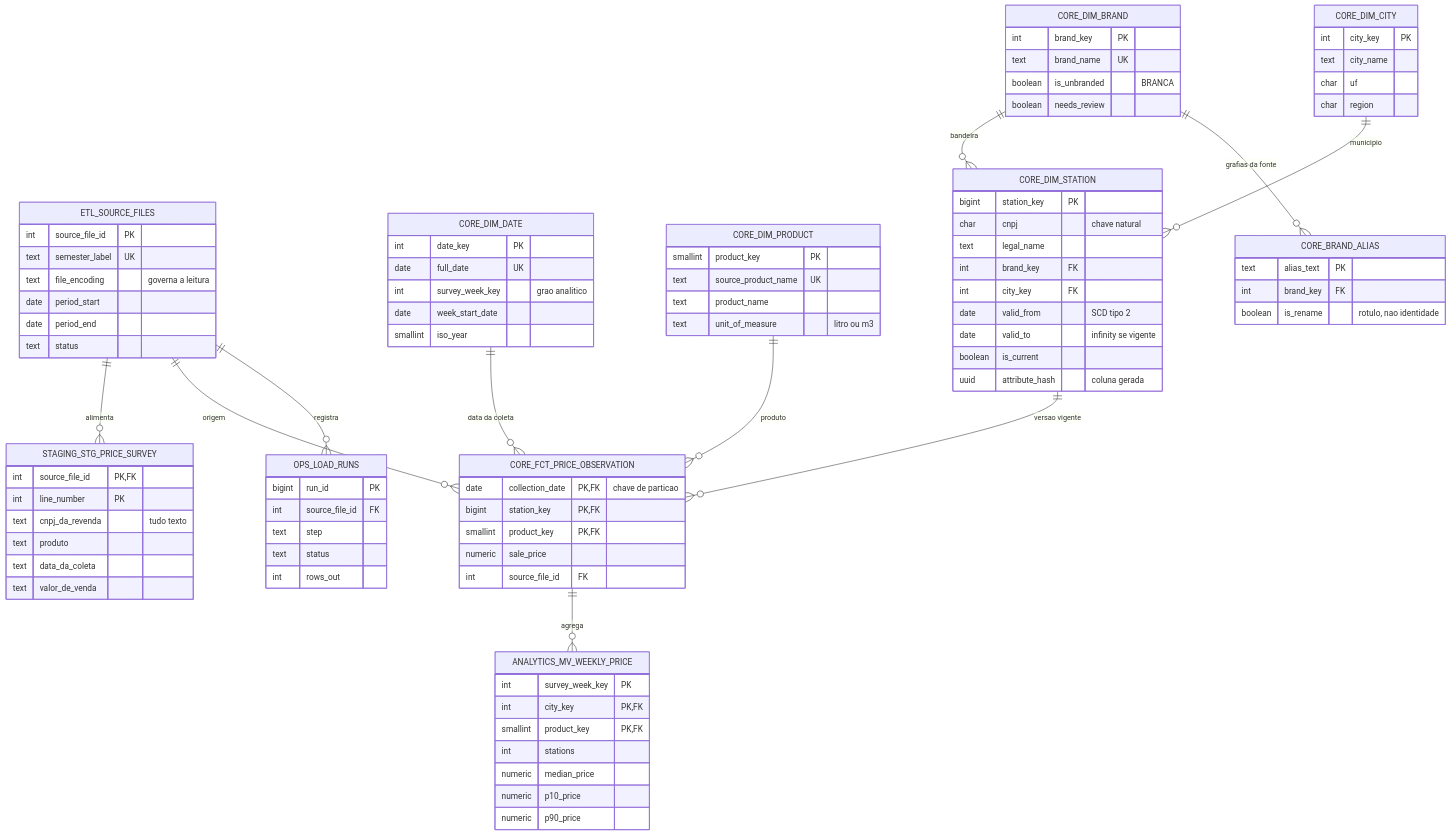
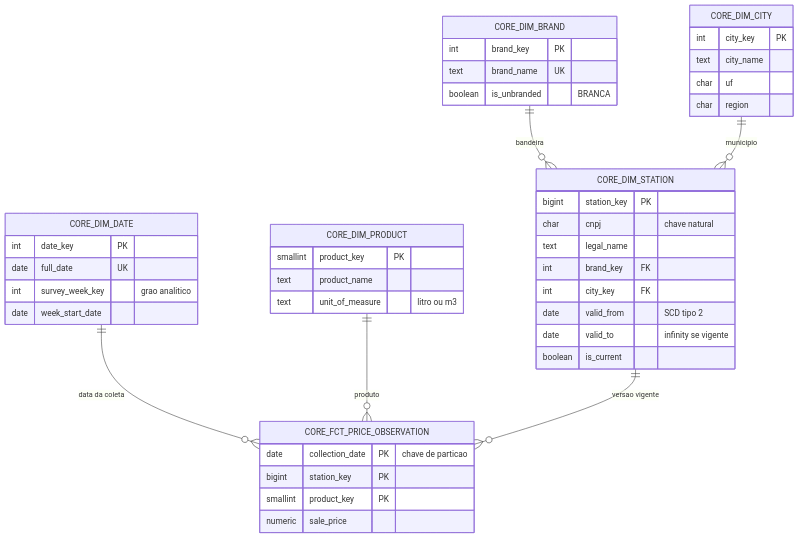
One commit to mrmansini/dw-precos-combustiveis-anp changed the diagram in README.md. Above: the diagram before and after it, drawn with Mermaid. The commit also changed other lines of this file and 1 other file, not shown here.

Commit message:
Diagrama do modelo: núcleo dimensional no README, completo em docs/

````diff
--- a/README.md
+++ b/README.md
@@ -89,30 +93,15 @@
 ```mermaid
 erDiagram
-  ETL_SOURCE_FILES ||--o{ STAGING_STG_PRICE_SURVEY : "alimenta"
-  ETL_SOURCE_FILES ||--o{ CORE_FCT_PRICE_OBSERVATION : "origem"
-  ETL_SOURCE_FILES ||--o{ OPS_LOAD_RUNS : "registra"
   CORE_DIM_DATE ||--o{ CORE_FCT_PRICE_OBSERVATION : "data da coleta"
   CORE_DIM_PRODUCT ||--o{ CORE_FCT_PRICE_OBSERVATION : "produto"
   CORE_DIM_STATION ||--o{ CORE_FCT_PRICE_OBSERVATION : "versao vigente"
   CORE_DIM_BRAND ||--o{ CORE_DIM_STATION : "bandeira"
   CORE_DIM_CITY ||--o{ CORE_DIM_STATION : "municipio"
-  CORE_DIM_BRAND ||--o{ CORE_BRAND_ALIAS : "grafias da fonte"
-  CORE_FCT_PRICE_OBSERVATION ||--o{ ANALYTICS_MV_WEEKLY_PRICE : "agrega"
-  ETL_SOURCE_FILES {
-    int source_file_id PK
-    text semester_label UK
-    text file_encoding "governa a leitura"
-    date period_start
-    date period_end
-    text status
-  }
-  STAGING_STG_PRICE_SURVEY {
-    int source_file_id PK,FK
-    int line_number PK
-    text cnpj_da_revenda "tudo texto"
-    text produto
-    text data_da_coleta
-    text valor_de_venda
+  CORE_FCT_PRICE_OBSERVATION {
+    date collection_date PK "chave de particao"
+    bigint station_key PK
+    smallint product_key PK
+    numeric sale_price
   }
   CORE_DIM_STATION {
     bigint station_key PK
@@ -123,18 +112,11 @@
     date valid_from "SCD tipo 2"
     date valid_to "infinity se vigente"
     boolean is_current
-    uuid attribute_hash "coluna gerada"
   }
   CORE_DIM_BRAND {
     int brand_key PK
     text brand_name UK
     boolean is_unbranded "BRANCA"
-    boolean needs_review
-  }
-  CORE_BRAND_ALIAS {
-    text alias_text PK
-    int brand_key FK
-    boolean is_rename "rotulo, nao identidade"
   }
   CORE_DIM_CITY {
     int city_key PK
@@ -147,35 +129,10 @@
     date full_date UK
     int survey_week_key "grao analitico"
     date week_start_date
-    smallint iso_year
   }
   CORE_DIM_PRODUCT {
     smallint product_key PK
-    text source_product_name UK
     text product_name
     text unit_of_measure "litro ou m3"
   }
-  CORE_FCT_PRICE_OBSERVATION {
-    date collection_date PK,FK "chave de particao"
-    bigint station_key PK,FK
-    smallint product_key PK,FK
-    numeric sale_price
-    int source_file_id FK
-  }
-  ANALYTICS_MV_WEEKLY_PRICE {
-    int survey_week_key PK
-    int city_key PK,FK
-    smallint product_key PK,FK
-    int stations
-    numeric median_price
-    numeric p10_price
-    numeric p90_price
-  }
-  OPS_LOAD_RUNS {
-    bigint run_id PK
-    int source_file_id FK
-    text step
-    text status
-    int rows_out
-  }
 ```
````
